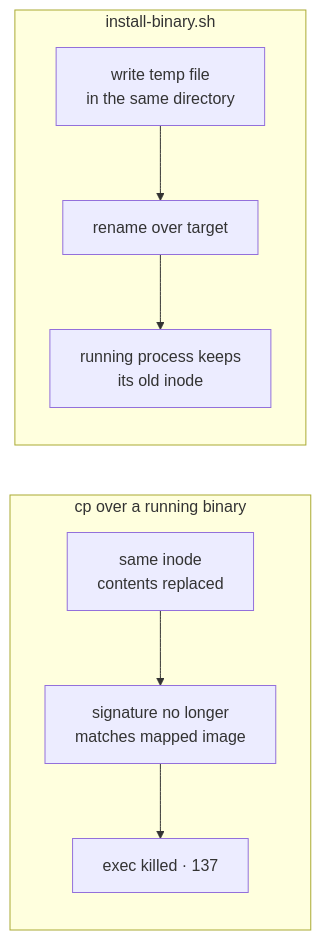
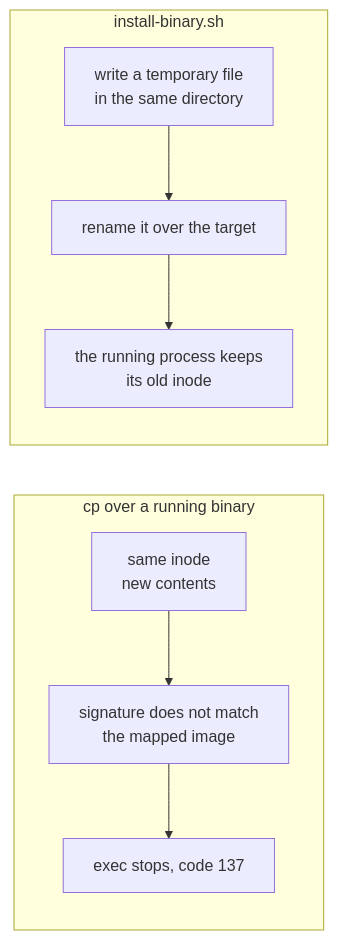
One commit to barockok/proem changed the diagram in docs/site/_content/deploy/install.md. Above: the diagram before and after it, drawn with Mermaid. The commit also changed other lines of this file and 11 other files, not shown here.

````diff
--- a/docs/site/_content/deploy/install.md
+++ b/docs/site/_content/deploy/install.md
@@ -31,9 +31,9 @@
 ```mermaid
 flowchart LR
   subgraph bad["cp over a running binary"]
-    B1["same inode<br/>contents replaced"] --> B2["signature no longer<br/>matches mapped image"] --> B3["exec killed · 137"]
+    B1["same inode<br/>new contents"] --> B2["signature does not match<br/>the mapped image"] --> B3["exec stops, code 137"]
   end
   subgraph good["install-binary.sh"]
-    G1["write temp file<br/>in the same directory"] --> G2["rename over target"] --> G3["running process keeps<br/>its old inode"]
+    G1["write a temporary file<br/>in the same directory"] --> G2["rename it over the target"] --> G3["the running process keeps<br/>its old inode"]
   end
 ```
````
